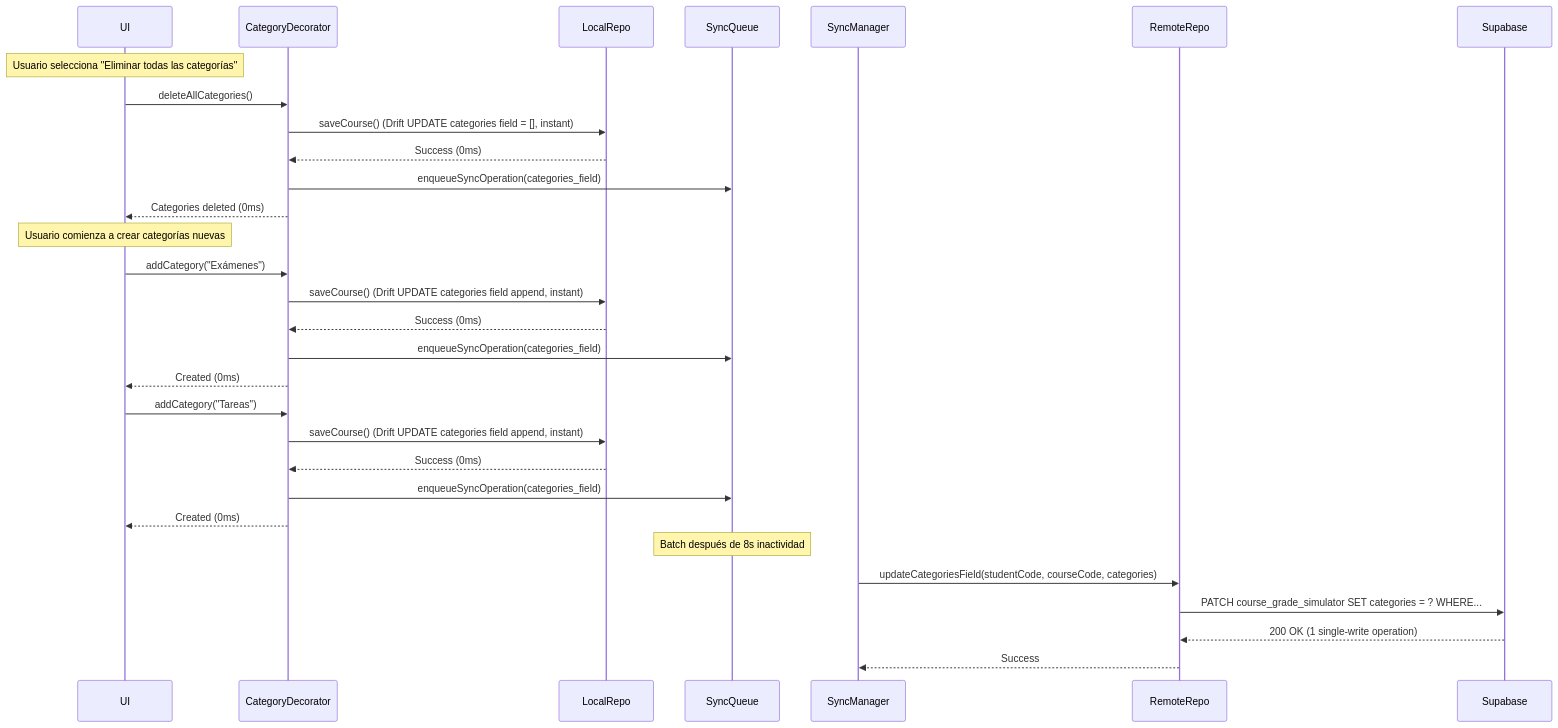
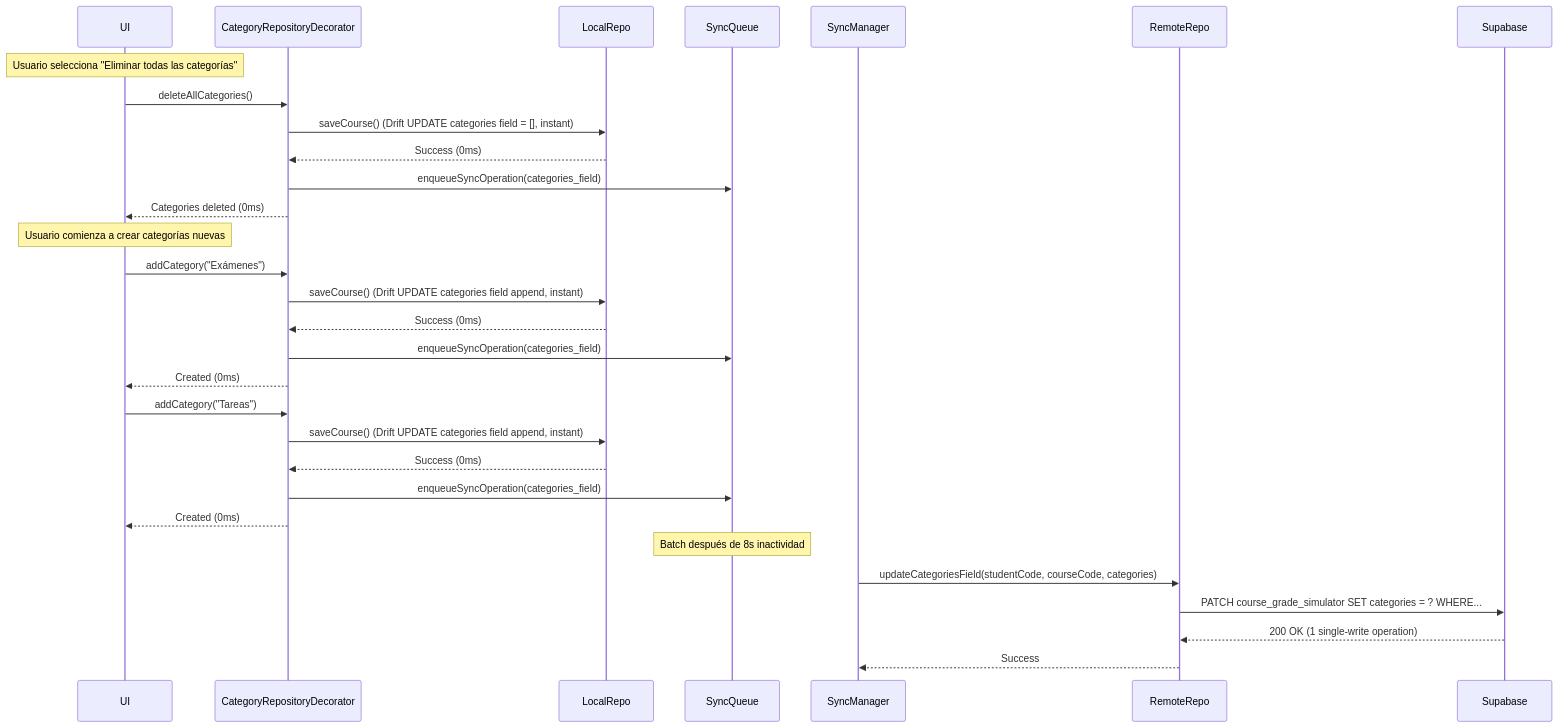
One commit to sigapp-unp/sigapp-mobile changed the second of 6 diagrams in docs/database/database-optimization-strategy.md. Above: the diagram before and after it, drawn with Mermaid. The commit also changed other lines of this file and 76 other files, not shown here.

````diff
--- a/docs/database/database-optimization-strategy.md
+++ b/docs/database/database-optimization-strategy.md
@@ -125,38 +125,38 @@
 ```mermaid
 sequenceDiagram
     participant UI
-    participant CategoryDecorator
+    participant CategoryRepositoryDecorator
     participant LocalRepo
     participant SyncQueue
     participant SyncManager
     participant RemoteRepo
     participant Supabase
 
     Note over UI: Usuario selecciona "Eliminar todas las categorías"
 
-    UI->>CategoryDecorator: deleteAllCategories()
-    CategoryDecorator->>LocalRepo: saveCourse() (Drift UPDATE categories field = [], instant)
-    LocalRepo-->>CategoryDecorator: Success (0ms)
-    CategoryDecorator->>SyncQueue: enqueueSyncOperation(categories_field)
-    CategoryDecorator-->>UI: Categories deleted (0ms)
+    UI->>CategoryRepositoryDecorator: deleteAllCategories()
+    CategoryRepositoryDecorator->>LocalRepo: saveCourse() (Drift UPDATE categories field = [], instant)
+    LocalRepo-->>CategoryRepositoryDecorator: Success (0ms)
+    CategoryRepositoryDecorator->>SyncQueue: enqueueSyncOperation(categories_field)
+    CategoryRepositoryDecorator-->>UI: Categories deleted (0ms)
 
     Note over UI: Usuario comienza a crear categorías nuevas
 
-    UI->>CategoryDecorator: addCategory("Exámenes")
-    CategoryDecorator->>LocalRepo: saveCourse() (Drift UPDATE categories field append, instant)
-    LocalRepo-->>CategoryDecorator: Success (0ms)
-    CategoryDecorator->>SyncQueue: enqueueSyncOperation(categories_field)
-    CategoryDecorator-->>UI: Created (0ms)
+    UI->>CategoryRepositoryDecorator: addCategory("Exámenes")
+    CategoryRepositoryDecorator->>LocalRepo: saveCourse() (Drift UPDATE categories field append, instant)
+    LocalRepo-->>CategoryRepositoryDecorator: Success (0ms)
+    CategoryRepositoryDecorator->>SyncQueue: enqueueSyncOperation(categories_field)
+    CategoryRepositoryDecorator-->>UI: Created (0ms)
 
-    UI->>CategoryDecorator: addCategory("Tareas")
-    CategoryDecorator->>LocalRepo: saveCourse() (Drift UPDATE categories field append, instant)
-    LocalRepo-->>CategoryDecorator: Success (0ms)
-    CategoryDecorator->>SyncQueue: enqueueSyncOperation(categories_field)
-    CategoryDecorator-->>UI: Created (0ms)
+    UI->>CategoryRepositoryDecorator: addCategory("Tareas")
+    CategoryRepositoryDecorator->>LocalRepo: saveCourse() (Drift UPDATE categories field append, instant)
+    LocalRepo-->>CategoryRepositoryDecorator: Success (0ms)
+    CategoryRepositoryDecorator->>SyncQueue: enqueueSyncOperation(categories_field)
+    CategoryRepositoryDecorator-->>UI: Created (0ms)
 
     Note over SyncQueue: Batch después de 8s inactividad
     SyncManager->>RemoteRepo: updateCategoriesField(studentCode, courseCode, categories)
     RemoteRepo->>Supabase: PATCH course_grade_simulator SET categories = ? WHERE...
     Supabase-->>RemoteRepo: 200 OK (1 single-write operation)
     RemoteRepo-->>SyncManager: Success
 ```
````
